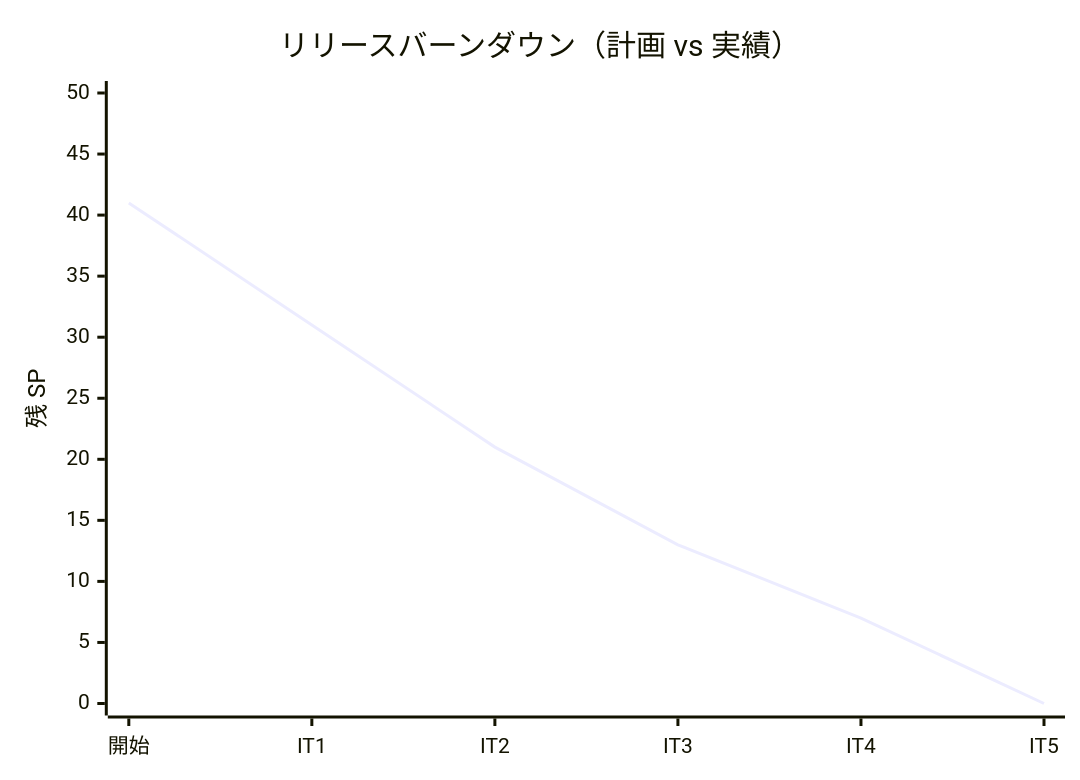
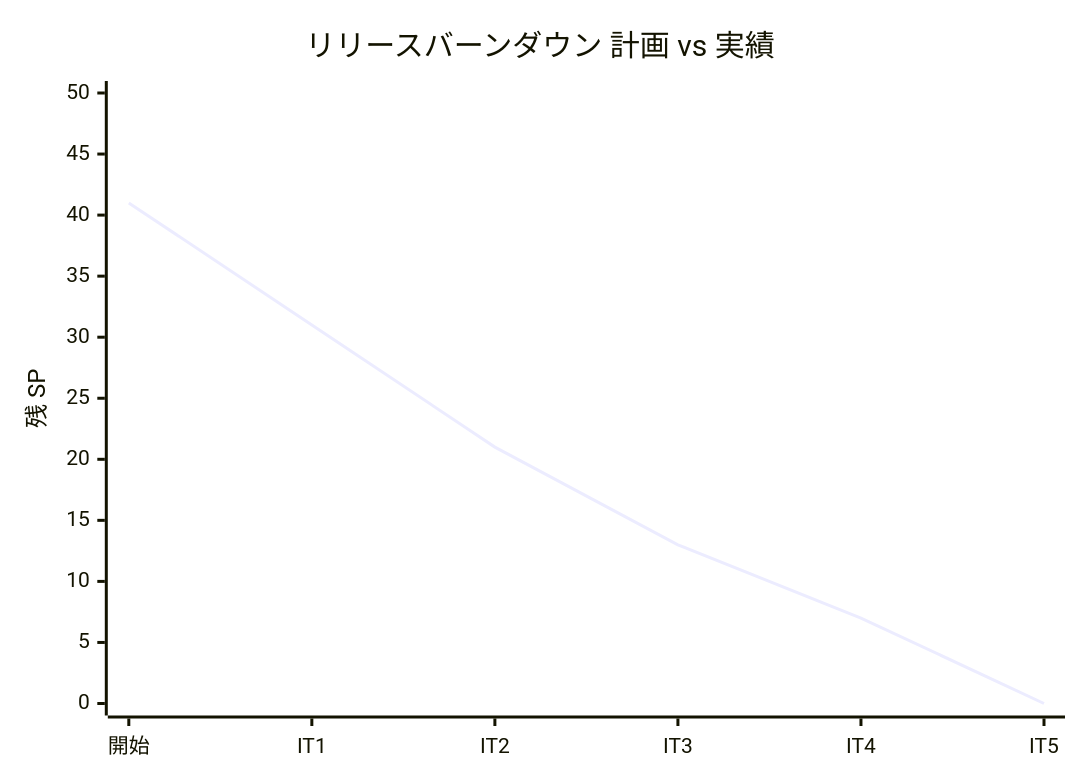
The third of 3 diagrams in docs/development/release_plan.md (k2works/case-study-bouquet), drawn with Mermaid before and after one commit. The commit also changed other lines of this file and 1 other file, not shown here.

First line of the commit message:
fix(docs): Mermaid 10.6.1 ガントチャートのパースエラーを修正

````diff
--- a/docs/development/release_plan.md
+++ b/docs/development/release_plan.md
@@ -360,7 +360,7 @@
 ```mermaid
 xychart-beta
-    title "リリースバーンダウン（計画 vs 実績）"
+    title "リリースバーンダウン 計画 vs 実績"
     x-axis ["開始", "IT1", "IT2", "IT3", "IT4", "IT5"]
     y-axis "残 SP" 0 --> 50
     line "計画" [41, 31, 21, 13, 7, 0]
 ```
````
